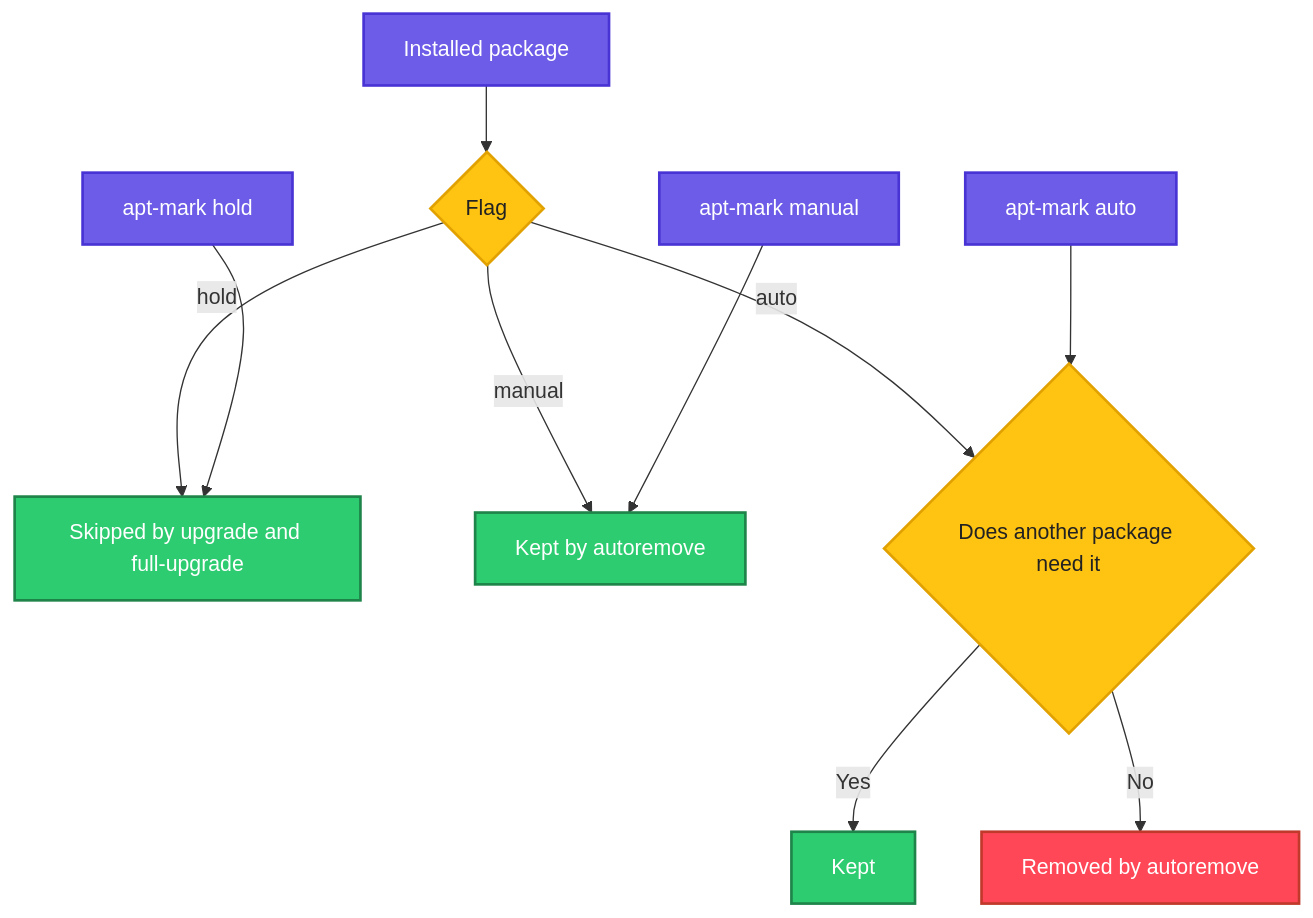
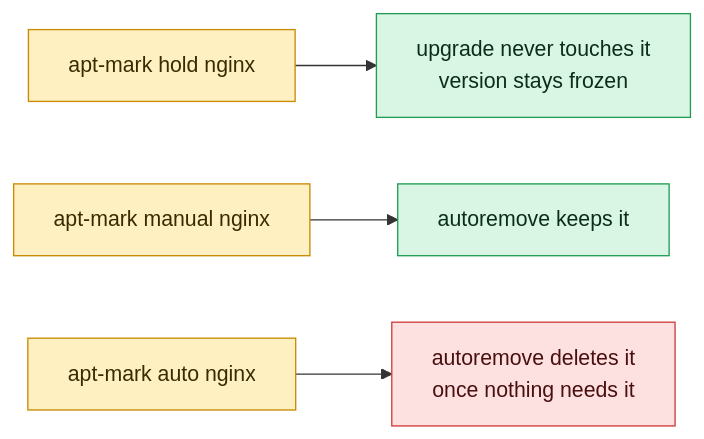
Before and after one commit to codeKerdosTech/DevOps-Documentation: the diagram in linux/package-management/apt-mark.md, drawn with Mermaid. The commit also changed other lines of this file and 165 other files, not shown here.

Commit message:
updated diagrams in linux

````diff
--- a/linux/package-management/apt-mark.md
+++ b/linux/package-management/apt-mark.md
@@ -30,21 +30,14 @@
 ```mermaid
-flowchart TD
-    A[Installed package] --> B{Flag}
-    B -->|hold| C[Skipped by upgrade and full-upgrade]
-    B -->|manual| D[Kept by autoremove]
-    B -->|auto| E{Does another package need it}
-    E -->|Yes| F[Kept]
-    E -->|No| G[Removed by autoremove]
-    H[apt-mark hold] --> C
-    I[apt-mark manual] --> D
-    J[apt-mark auto] --> E
-    classDef start fill:#6C5CE7,stroke:#4834D4,stroke-width:2px,color:#fff
-    classDef proc fill:#00B8D9,stroke:#0087A8,stroke-width:2px,color:#fff
-    classDef dec fill:#FFC312,stroke:#E1A100,stroke-width:2px,color:#222
-    classDef ok fill:#2ECC71,stroke:#1E8449,stroke-width:2px,color:#fff
-    classDef err fill:#FF4757,stroke:#C0392B,stroke-width:2px,color:#fff
-    class A,H,I,J start
-    class B,E dec
-    class C,D,F ok
-    class G err
+flowchart LR
+    c1[apt-mark hold nginx] --> o1[upgrade never touches it<br/>version stays frozen]
+    c2[apt-mark manual nginx] --> o2[autoremove keeps it]
+    c3[apt-mark auto nginx] --> x1[autoremove deletes it<br/>once nothing needs it]
+    classDef inp fill:#DCEBFF,stroke:#2F6FDE,color:#10213F
+    classDef cmd fill:#FFF0C2,stroke:#C98A00,color:#3A2A00
+    classDef out fill:#D9F5E3,stroke:#1F9D55,color:#0B2E1A
+    classDef bad fill:#FDE0E0,stroke:#D13B3B,color:#4A0F0F
+    classDef note fill:#ECEFF3,stroke:#7B8794,color:#1F2933
+    class c1,c2,c3 cmd
+    class o1,o2 out
+    class x1 bad
 ```
````
